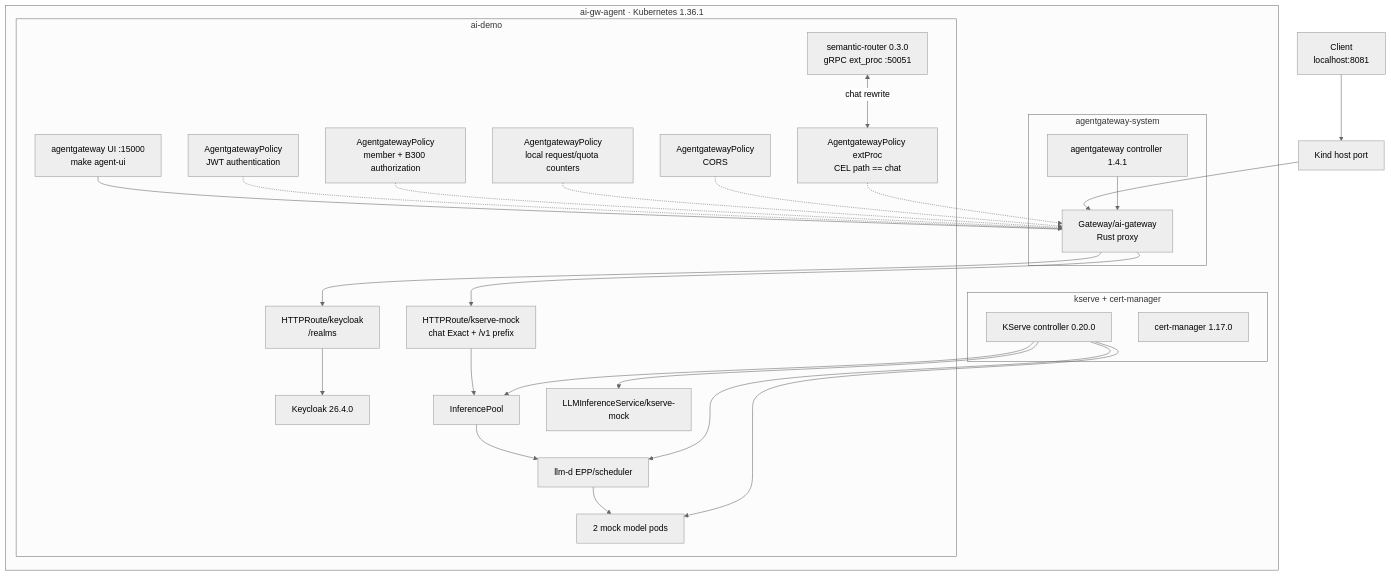
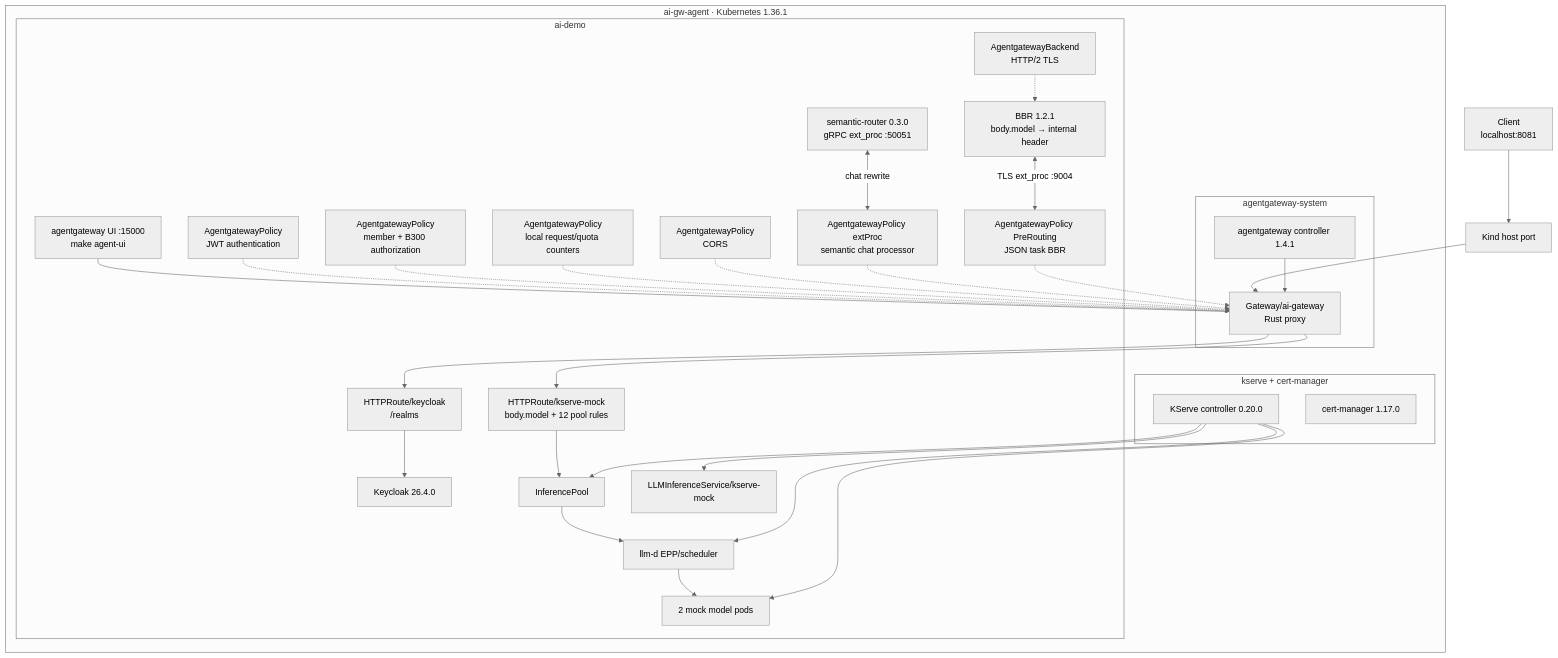
One commit to nolimitkun/ai-gateway changed the third of 3 diagrams in README.md. Above: the diagram before and after it, drawn with Mermaid (neutral theme). The commit also changed other lines of this file and 36 other files, not shown here.

First line of the commit message:
Route OpenAI body.model through llm-d accelerator pools (#13)

````diff
--- a/README.md
+++ b/README.md
@@ -404,33 +433,36 @@
 ```mermaid
 flowchart TB
   C["Client<br/>localhost:8081"] --> KP["Kind host port"] --> GW
 
   subgraph K["ai-gw-agent · Kubernetes 1.36.1"]
     subgraph AGS["agentgateway-system"]
       AGC["agentgateway controller 1.4.1"] --> GW
     end
     subgraph APP["ai-demo"]
       GW["Gateway/ai-gateway<br/>Rust proxy"]
       UI["agentgateway UI :15000<br/>make agent-ui"] --- GW
       KR["HTTPRoute/keycloak<br/>/realms"] --> KC["Keycloak 26.4.0"]
-      R["HTTPRoute/kserve-mock<br/>chat Exact + /v1 prefix"] --> P["InferencePool"]
+      R["HTTPRoute/kserve-mock<br/>body.model + 12 pool rules"] --> P["InferencePool"]
       JWT["AgentgatewayPolicy<br/>JWT authentication"] -.-> GW
       AZ["AgentgatewayPolicy<br/>member + B300 authorization"] -.-> GW
       RL["AgentgatewayPolicy<br/>local request/quota counters"] -.-> GW
       CORS["AgentgatewayPolicy<br/>CORS"] -.-> GW
-      EP["AgentgatewayPolicy extProc<br/>CEL path == chat"] -.-> GW
+      EP["AgentgatewayPolicy extProc<br/>semantic chat processor"] -.-> GW
       SR["semantic-router 0.3.0<br/>gRPC ext_proc :50051"] <-->|"chat rewrite"| EP
+      BP["AgentgatewayPolicy PreRouting<br/>JSON task BBR"] -.-> GW
+      BBR["BBR 1.2.1<br/>body.model → internal header"] <-->|"TLS ext_proc :9004"| BP
+      AGB["AgentgatewayBackend<br/>HTTP/2 TLS"] -.-> BBR
       P --> EPP["llm-d EPP/scheduler"] --> PODS["2 mock model pods"]
       LLM["LLMInferenceService/kserve-mock"]
     end
     subgraph KSV["kserve + cert-manager"]
       CTRL["KServe controller 0.20.0"] --> LLM
       CTRL --> P
       CTRL --> EPP
       CTRL --> PODS
       CM["cert-manager 1.17.0"]
     end
     GW --> KR
     GW --> R
   end
 ```
````
